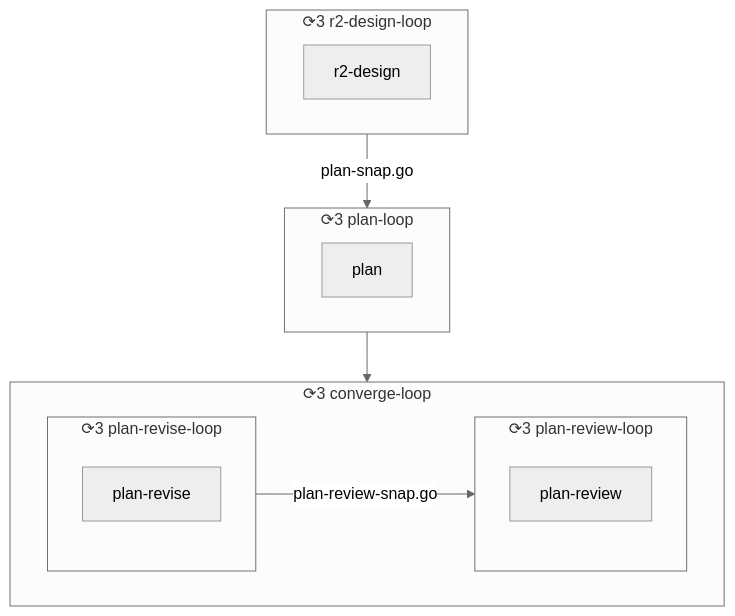
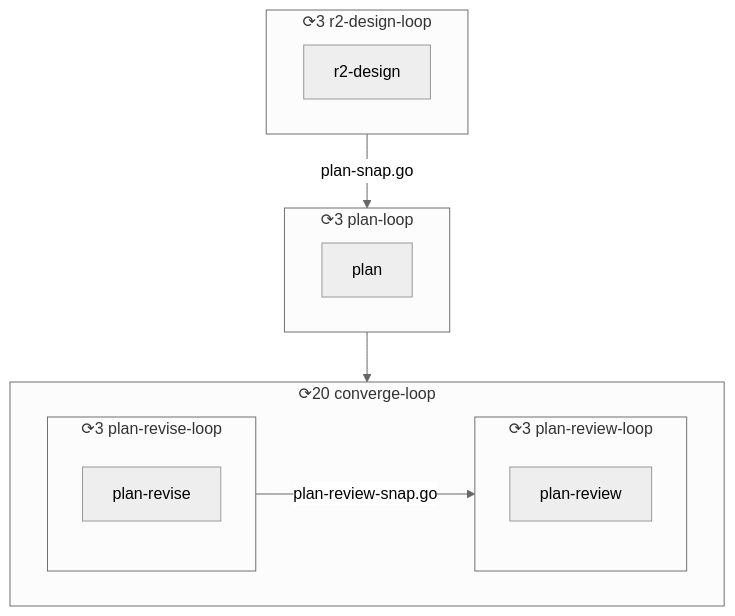
Before and after one commit to raiki61/claude-plugins: the tenth of 20 diagrams in works/docs/darkfactory-design.md, drawn with Mermaid (neutral theme). The commit also changed other lines of this file and 31 other files, not shown here.

Commit message:
fix(works): run 28948af4 の差分を取り込む（事前審査の往復を回数の柵でなく開いた block の減り方で止め、輪の上限は届かない安全の止めにして届けば人の関所へ・波及の一覧に案が消す名を引き残る名指しを数える・工程の地図の古さを数える・1 回目に出た所見の割合と後の block の出自を報告する。darkflow の文書の 12 は main の待ちの列の文を残す）

````diff
--- a/works/docs/darkfactory-design.md
+++ b/works/docs/darkfactory-design.md
@@ -529,20 +529,20 @@
 ```mermaid
 flowchart TD
   subgraph L_r2_design_loop["⟳3 r2-design-loop"]
     N_r2_design["r2-design"]
   end
   subgraph L_plan_loop["⟳3 plan-loop"]
     N_plan["plan"]
   end
-  subgraph L_converge_loop["⟳3 converge-loop"]
+  subgraph L_converge_loop["⟳20 converge-loop"]
     subgraph L_plan_revise_loop["⟳3 plan-revise-loop"]
       N_plan_revise["plan-revise"]
     end
     subgraph L_plan_review_loop["⟳3 plan-review-loop"]
       N_plan_review["plan-review"]
     end
   end
   L_plan_loop --> L_converge_loop
   L_plan_revise_loop -->|"plan-review-snap.go"| L_plan_review_loop
   L_r2_design_loop -->|"plan-snap.go"| L_plan_loop
 ```
````
